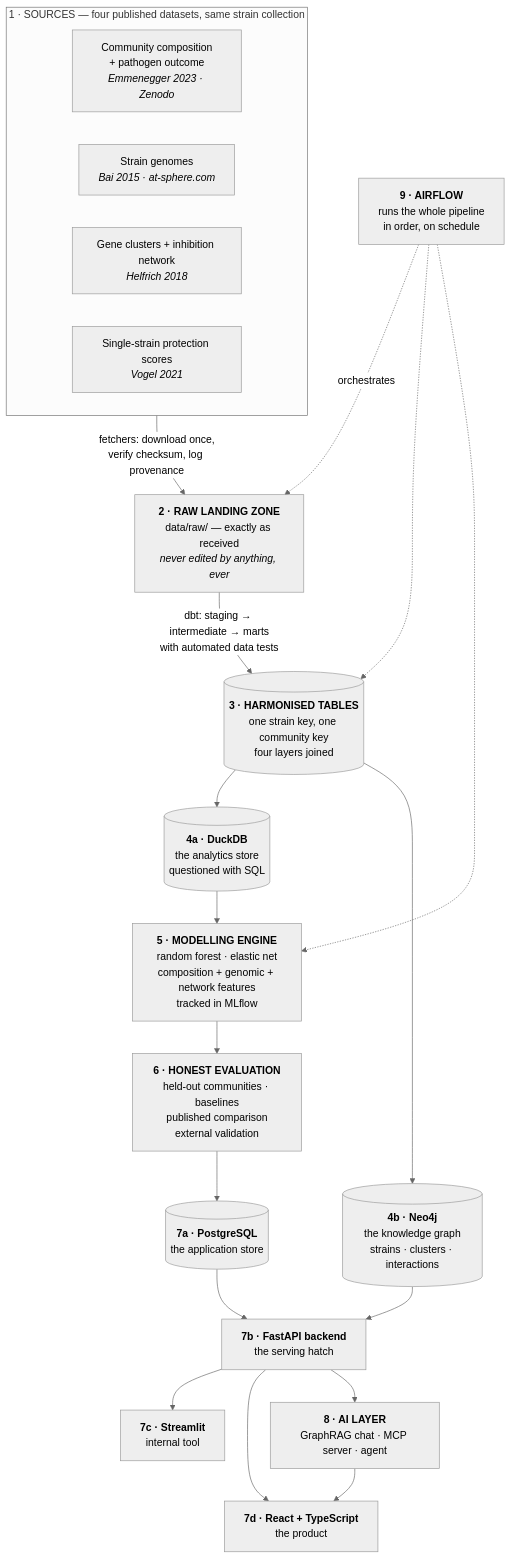
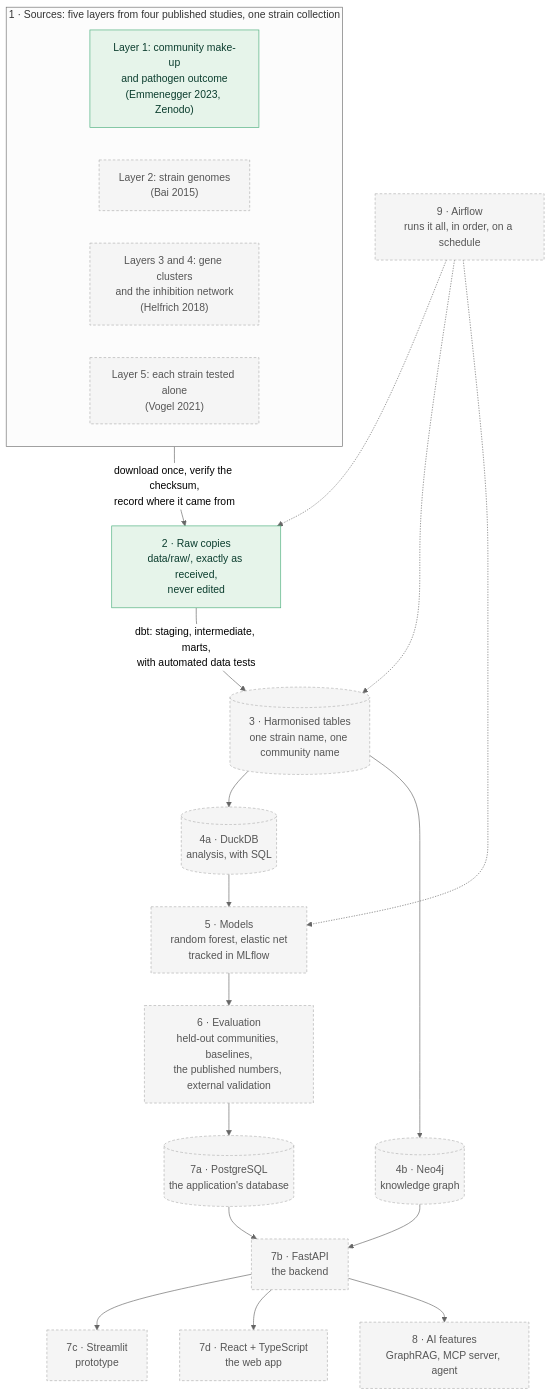
One commit to akannan2987/realsignal changed the diagram in docs/00-architecture.md. Above: the diagram before and after it, drawn with Mermaid (neutral theme). The commit also changed other lines of this file and 41 other files, not shown here.

Commit message:
feat: verified download of the published dataset, Handbook, safety gate and illustrations

````diff
--- a/docs/00-architecture.md
+++ b/docs/00-architecture.md
@@ -79,37 +54,29 @@
 ```mermaid
 flowchart TD
-    subgraph S1["1 · SOURCES — four published datasets, same strain collection"]
-        A1["Community composition<br/>+ pathogen outcome<br/><i>Emmenegger 2023 · Zenodo</i>"]
-        A2["Strain genomes<br/><i>Bai 2015 · at-sphere.com</i>"]
-        A3["Gene clusters + inhibition network<br/><i>Helfrich 2018</i>"]
-        A4["Single-strain protection scores<br/><i>Vogel 2021</i>"]
+    subgraph S1["1 · Sources: five layers from four published studies, one strain collection"]
+        A1["Layer 1: community make-up<br/>and pathogen outcome<br/>(Emmenegger 2023, Zenodo)"]
+        A2["Layer 2: strain genomes<br/>(Bai 2015)"]
+        A3["Layers 3 and 4: gene clusters<br/>and the inhibition network<br/>(Helfrich 2018)"]
+        A4["Layer 5: each strain tested alone<br/>(Vogel 2021)"]
     end
-
-    S1 -->|"fetchers: download once,<br/>verify checksum, log provenance"| B
-
-    B["<b>2 · RAW LANDING ZONE</b><br/>data/raw/ — exactly as received<br/><i>never edited by anything, ever</i>"]
-
-    B -->|"dbt: staging → intermediate → marts<br/>with automated data tests"| C
-
-    C[("<b>3 · HARMONISED TABLES</b><br/>one strain key, one community key<br/>four layers joined")]
-
-    C --> D[("<b>4a · DuckDB</b><br/>the analytics store<br/>questioned with SQL")]
-    C --> E[("<b>4b · Neo4j</b><br/>the knowledge graph<br/>strains · clusters · interactions")]
-
-    D --> F["<b>5 · MODELLING ENGINE</b><br/>random forest · elastic net<br/>composition + genomic + network features<br/>tracked in MLflow"]
-
-    F --> G["<b>6 · HONEST EVALUATION</b><br/>held-out communities · baselines<br/>published comparison<br/>external validation"]
-
-    G --> H[("<b>7a · PostgreSQL</b><br/>the application store")]
-    H --> I["<b>7b · FastAPI backend</b><br/>the serving hatch"]
+    S1 -->|"download once, verify the checksum,<br/>record where it came from"| B["2 · Raw copies<br/>data/raw/, exactly as received,<br/>never edited"]
+    B -->|"dbt: staging, intermediate, marts,<br/>with automated data tests"| C[("3 · Harmonised tables<br/>one strain name, one community name")]
+    C --> D[("4a · DuckDB<br/>analysis, with SQL")]
+    C --> E[("4b · Neo4j<br/>knowledge graph")]
+    D --> F["5 · Models<br/>random forest, elastic net<br/>tracked in MLflow"]
+    F --> G["6 · Evaluation<br/>held-out communities, baselines,<br/>the published numbers, external validation"]
+    G --> H[("7a · PostgreSQL<br/>the application's database")]
+    H --> I["7b · FastAPI<br/>the backend"]
     E --> I
-
-    I --> J["<b>7c · Streamlit</b><br/>internal tool"]
-    I --> K["<b>7d · React + TypeScript</b><br/>the product"]
-    I --> L["<b>8 · AI LAYER</b><br/>GraphRAG chat · MCP server · agent"]
-    L --> K
-
-    M["<b>9 · AIRFLOW</b><br/>runs the whole pipeline<br/>in order, on schedule"] -.->|orchestrates| B
+    I --> J["7c · Streamlit<br/>prototype"]
+    I --> K["7d · React + TypeScript<br/>the web app"]
+    I --> L["8 · AI features<br/>GraphRAG, MCP server, agent"]
+    M["9 · Airflow<br/>runs it all, in order, on a schedule"] -.-> B
     M -.-> C
     M -.-> F
+
+    classDef built fill:#E6F4EA,stroke:#4CAF7D,color:#0B3D2E;
+    classDef planned fill:#F5F5F5,stroke:#B0B0B0,color:#555555,stroke-dasharray:4 3;
+    class A1,B built
+    class A2,A3,A4,C,D,E,F,G,H,I,J,K,L,M planned
 ```
````
